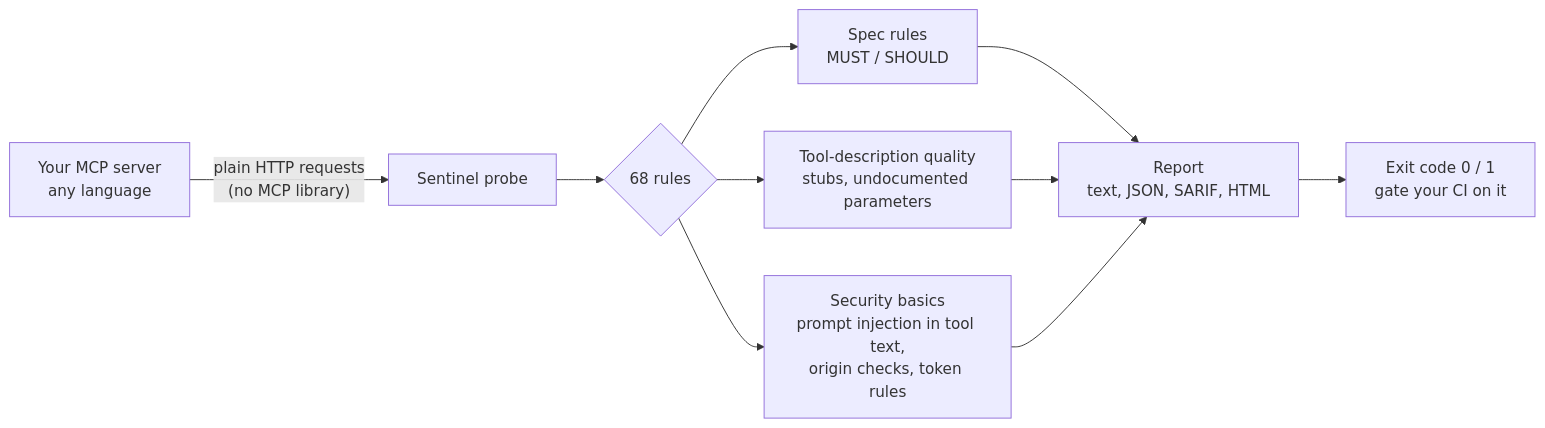
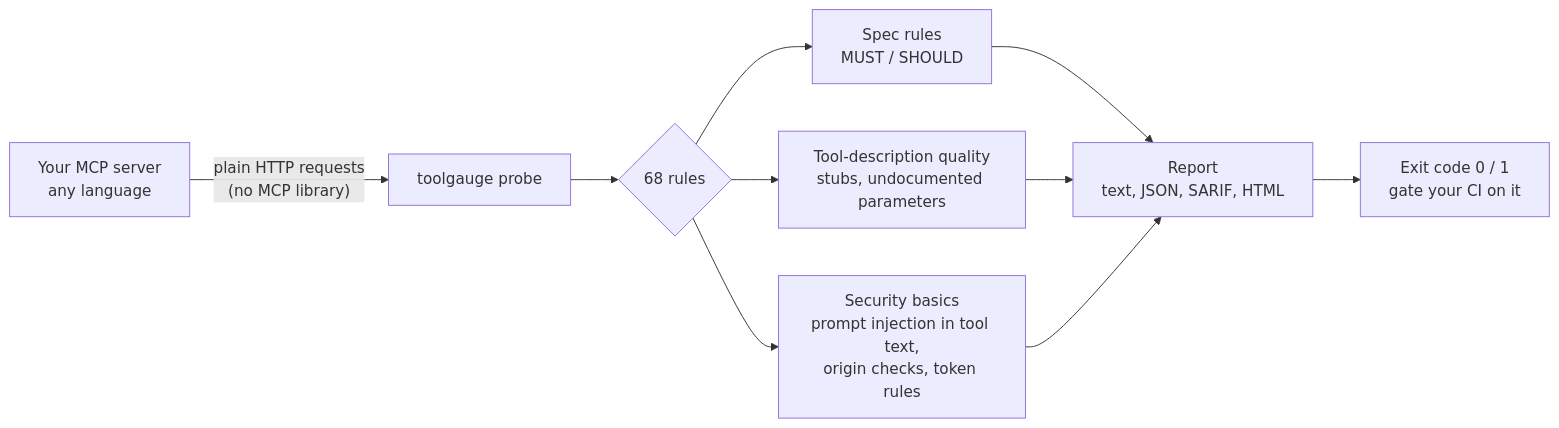
One commit to patsypppe/sentinel changed the diagram in README.md. Above: the diagram before and after it, drawn with Mermaid. The commit also changed other lines of this file and 220 other files, not shown here.

First line of the commit message:
refactor: rename Sentinel to toolgauge everywhere user-facing (#23)

````diff
--- a/README.md
+++ b/README.md
@@ -130,12 +130,12 @@
 ```mermaid
 flowchart LR
-    A[Your MCP server<br/>any language] -->|"plain HTTP requests<br/>(no MCP library)"| B[Sentinel probe]
+    A[Your MCP server<br/>any language] -->|"plain HTTP requests<br/>(no MCP library)"| B[toolgauge probe]
     B --> C{68 rules}
     C --> D[Spec rules<br/>MUST / SHOULD]
     C --> E[Tool-description quality<br/>stubs, undocumented parameters]
     C --> F[Security basics<br/>prompt injection in tool text,<br/>origin checks, token rules]
     D --> G[Report<br/>text, JSON, SARIF, HTML]
     E --> G
     F --> G
     G --> H[Exit code 0 / 1<br/>gate your CI on it]
 ```
````
